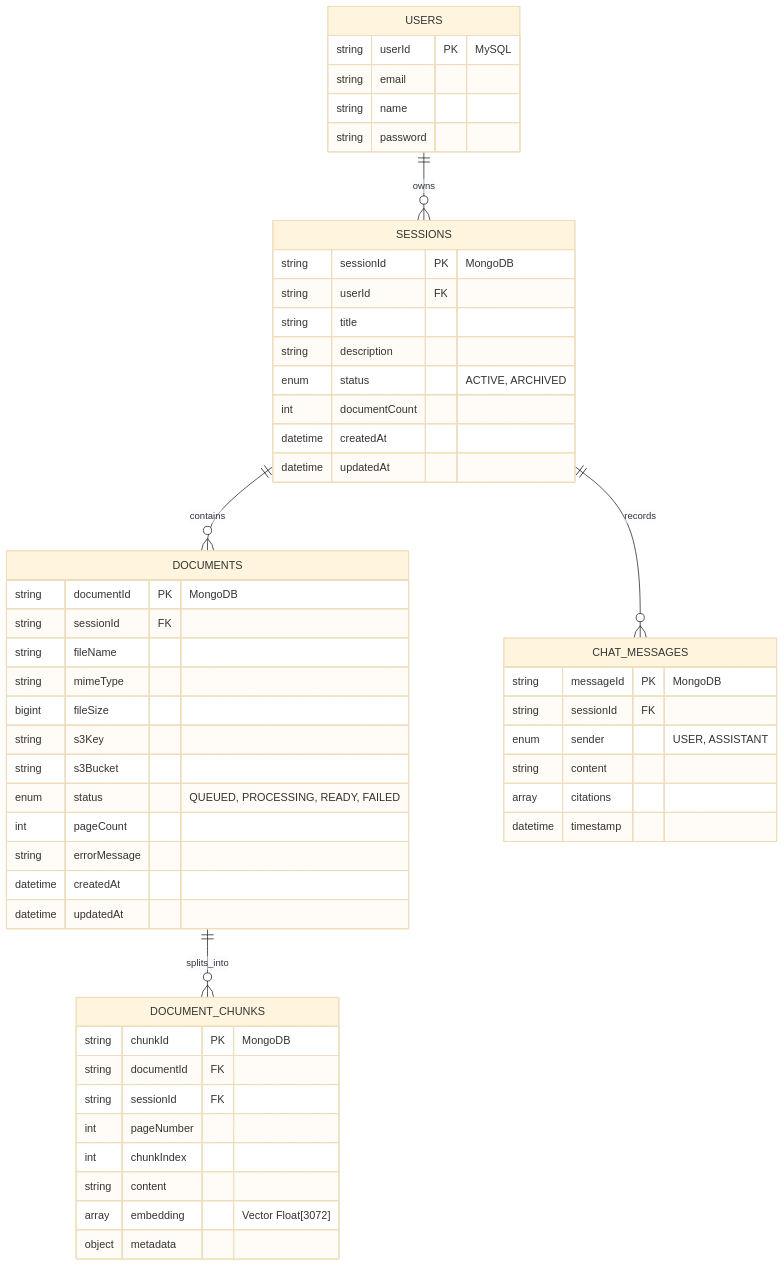
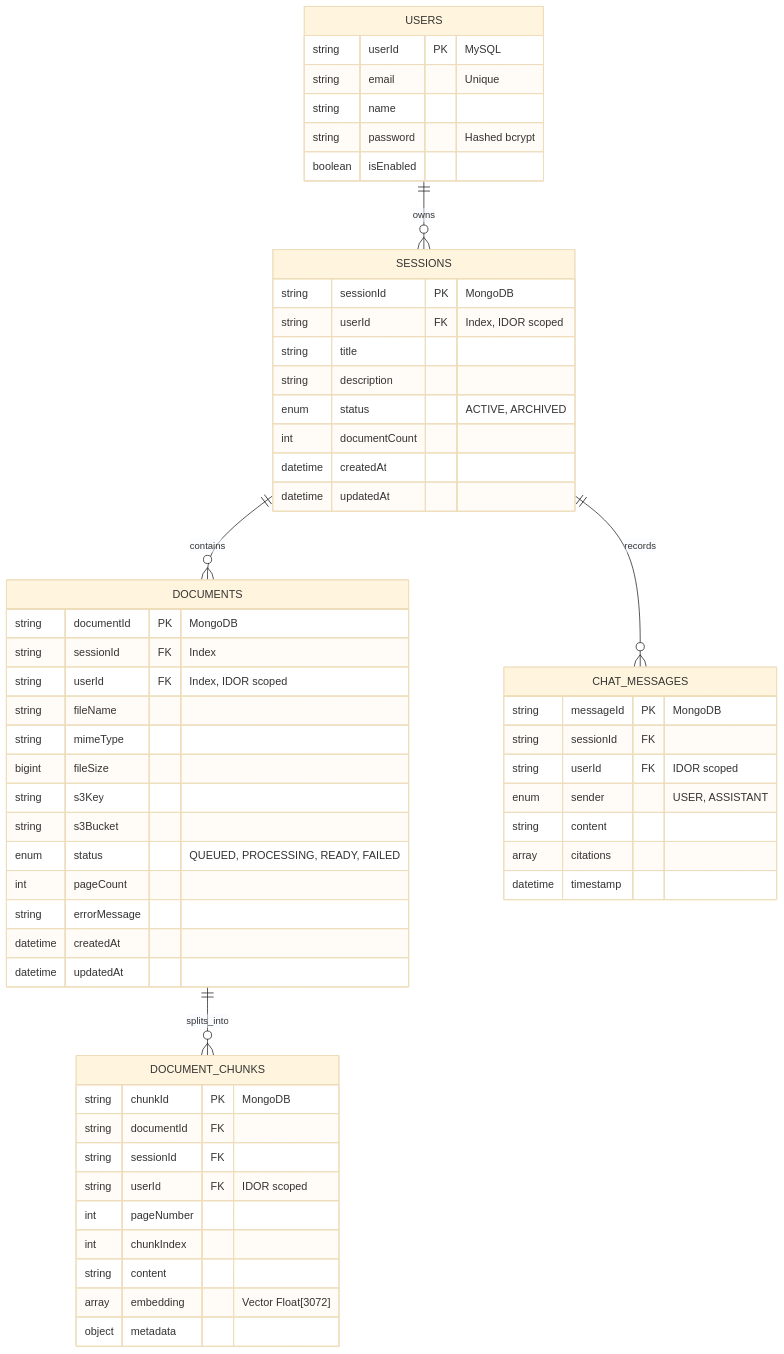
The first of 2 diagrams in BE_TRD.md (Mohim-Singla/document_processor), drawn with Mermaid (base theme) before and after one commit. The commit also changed other lines of this file and 22 other files, not shown here.

````diff
--- a/BE_TRD.md
+++ b/BE_TRD.md
@@ -35,60 +37,64 @@
 ```mermaid
 erDiagram
     USERS ||--o{ SESSIONS : owns
     SESSIONS ||--o{ DOCUMENTS : contains
     DOCUMENTS ||--o{ DOCUMENT_CHUNKS : splits_into
     SESSIONS ||--o{ CHAT_MESSAGES : records
 
     USERS {
         string userId PK "MySQL"
-        string email
+        string email "Unique"
         string name
-        string password
+        string password "Hashed bcrypt"
+        boolean isEnabled
     }
 
     SESSIONS {
         string sessionId PK "MongoDB"
-        string userId FK
+        string userId FK "Index, IDOR scoped"
         string title
         string description
         enum status "ACTIVE, ARCHIVED"
         int documentCount
         datetime createdAt
         datetime updatedAt
     }
 
     DOCUMENTS {
         string documentId PK "MongoDB"
-        string sessionId FK
+        string sessionId FK "Index"
+        string userId FK "Index, IDOR scoped"
         string fileName
         string mimeType
         bigint fileSize
         string s3Key
         string s3Bucket
         enum status "QUEUED, PROCESSING, READY, FAILED"
         int pageCount
         string errorMessage
         datetime createdAt
         datetime updatedAt
     }
 
     DOCUMENT_CHUNKS {
         string chunkId PK "MongoDB"
         string documentId FK
         string sessionId FK
+        string userId FK "IDOR scoped"
         int pageNumber
         int chunkIndex
         string content
         array embedding "Vector Float[3072]"
         object metadata
     }
 
     CHAT_MESSAGES {
         string messageId PK "MongoDB"
         string sessionId FK
+        string userId FK "IDOR scoped"
         enum sender "USER, ASSISTANT"
         string content
         array citations
         datetime timestamp
     }
 ```
````
